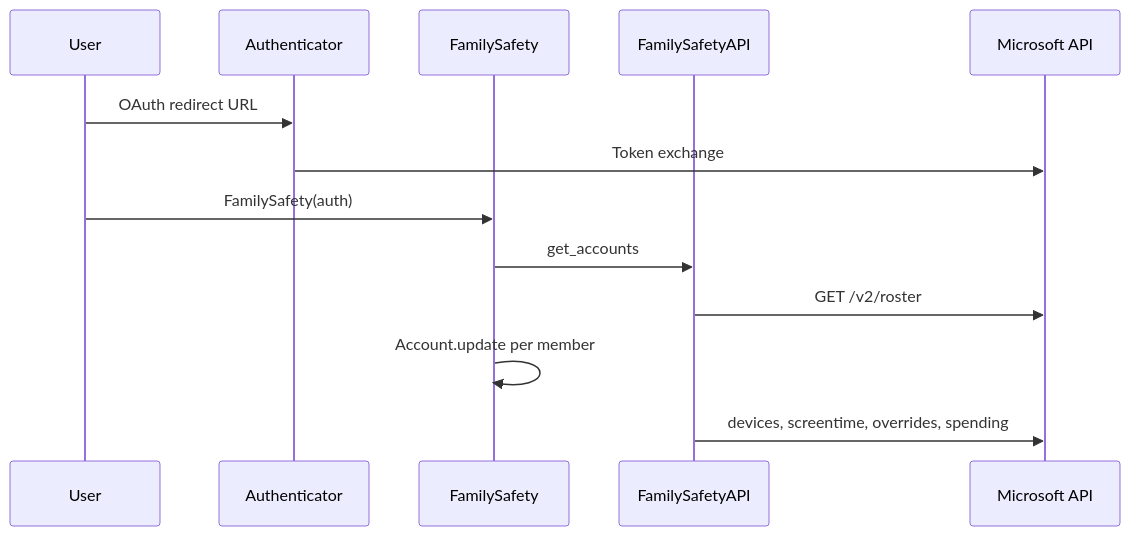
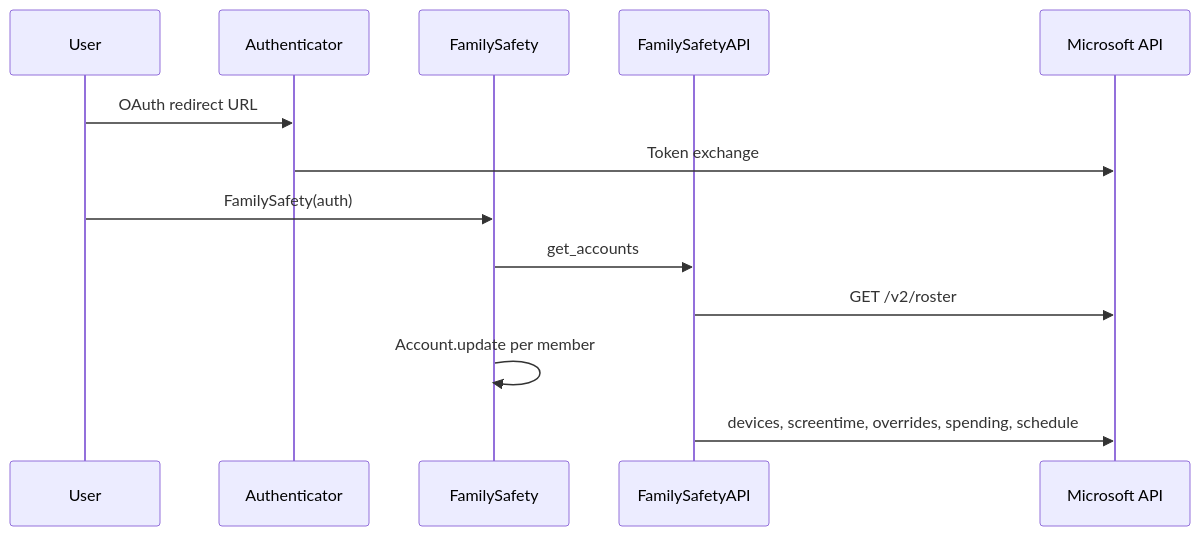
Before and after one commit to pantherale0/pyfamilysafety: the second of 2 diagrams in docs/advanced/architecture.md, drawn with Mermaid. The commit also changed other lines of this file and 8 other files, not shown here.

````diff
--- a/docs/advanced/architecture.md
+++ b/docs/advanced/architecture.md
@@ -28,16 +28,16 @@
 ```mermaid
 sequenceDiagram
     participant User
     participant Auth as Authenticator
     participant FS as FamilySafety
     participant API as FamilySafetyAPI
     participant MS as Microsoft API
 
     User->>Auth: OAuth redirect URL
     Auth->>MS: Token exchange
     User->>FS: FamilySafety(auth)
     FS->>API: get_accounts
     API->>MS: GET /v2/roster
     FS->>FS: Account.update per member
-    API->>MS: devices, screentime, overrides, spending
+    API->>MS: devices, screentime, overrides, spending, schedule
 ```
````
